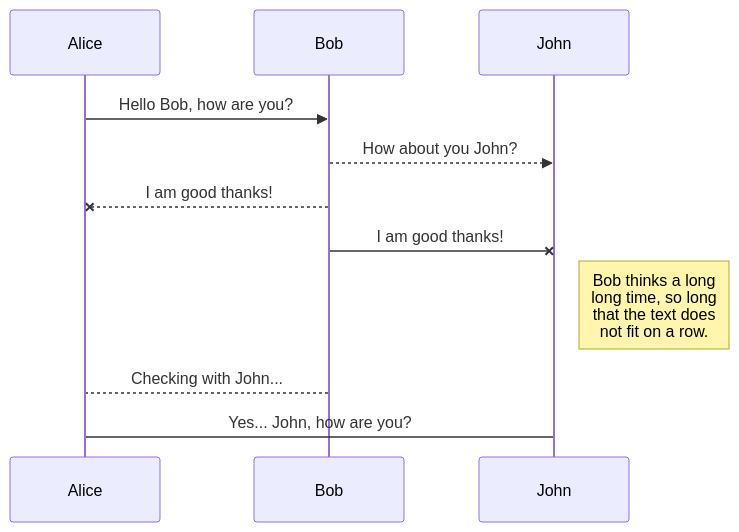
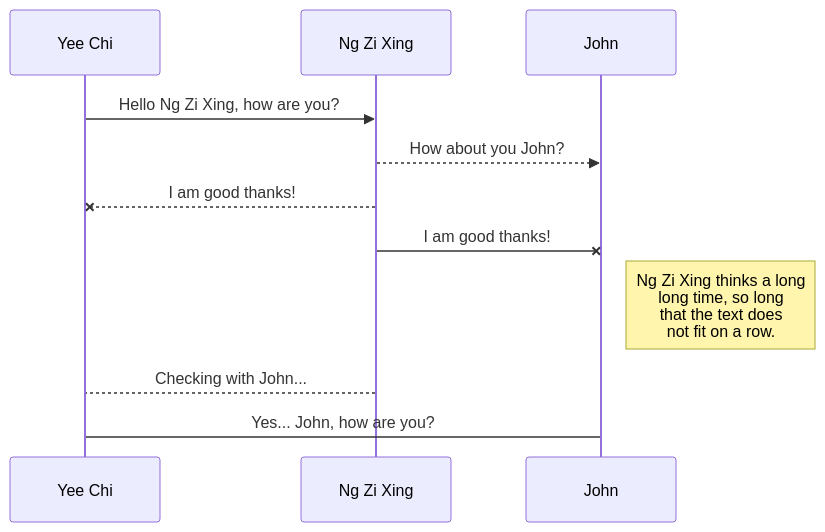
Before and after one commit to drshahizan/learn-github: the first of 2 diagrams in exercise/HPDP/lzy0007/readme.md, drawn with Mermaid.

````diff
--- a/exercise/HPDP/lzy0007/readme.md
+++ b/exercise/HPDP/lzy0007/readme.md
@@ -34,11 +34,11 @@
 ```mermaid
 sequenceDiagram
-Alice ->> Bob: Hello Bob, how are you?
-Bob-->>John: How about you John?
-Bob--x Alice: I am good thanks!
-Bob-x John: I am good thanks!
-Note right of John: Bob thinks a long<br/>long time, so long<br/>that the text does<br/>not fit on a row.
+Yee Chi ->> Ng Zi Xing: Hello Ng Zi Xing, how are you?
+Ng Zi Xing-->>John: How about you John?
+Ng Zi Xing--x Yee Chi: I am good thanks!
+Ng Zi Xing-x John: I am good thanks!
+Note right of John: Ng Zi Xing thinks a long<br/>long time, so long<br/>that the text does<br/>not fit on a row.
 
-Bob-->Alice: Checking with John...
-Alice->John: Yes... John, how are you?
+Ng Zi Xing-->Yee Chi: Checking with John...
+Yee Chi->John: Yes... John, how are you?
 ```
````
